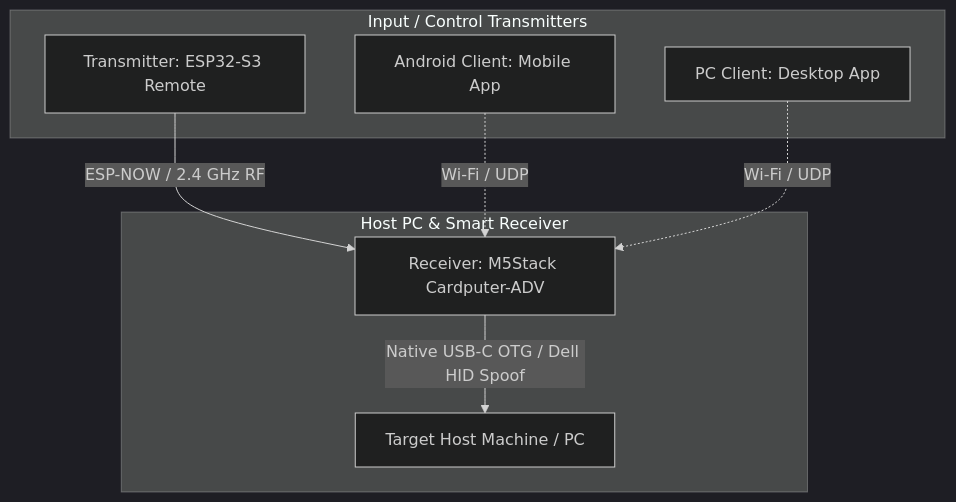
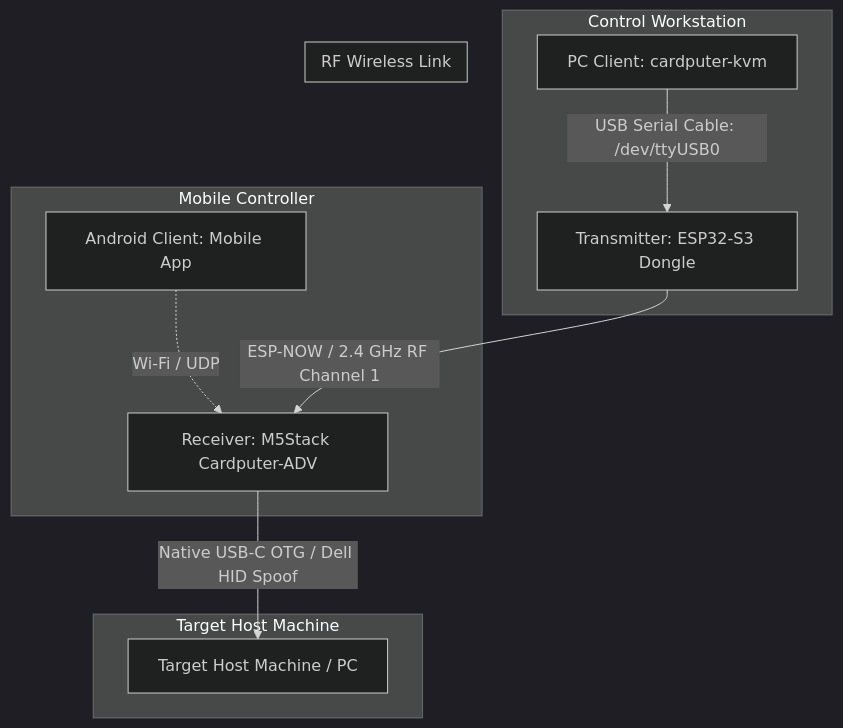
One commit to Braiden93/cardputerKVM changed the diagram in SYSTEM_OVERVIEW.md. Above: the diagram before and after it, drawn with Mermaid (dark theme). The commit also changed other lines of this file and 13 other files, not shown here.

Commit message:
feat: implement serial dongle bridge, virtual mouse, and auto-port detection

````diff
--- a/SYSTEM_OVERVIEW.md
+++ b/SYSTEM_OVERVIEW.md
@@ -6,18 +6,18 @@
 ```mermaid
 graph TD
-    subgraph Input / Control Transmitters
-        T[Transmitter: ESP32-S3 Remote]
-        A[Android Client: Mobile App]
-        P[PC Client: Desktop App]
+    subgraph Control Workstation
+        P[PC Client: cardputer-kvm] -->|USB Serial Cable: /dev/ttyUSB0| T[Transmitter: ESP32-S3 Dongle]
     end
 
-    subgraph Host PC & Smart Receiver
-        R[Receiver: M5Stack Cardputer-ADV]
-        PC[Target Host Machine / PC]
+    subgraph Mobile Controller
+        A[Android Client: Mobile App] -.->|Wi-Fi / UDP| R
     end
 
-    T -->|ESP-NOW / 2.4 GHz RF| R
-    A -.->|Wi-Fi / UDP| R
-    P -.->|Wi-Fi / UDP| R
-    R -->|Native USB-C OTG / Dell HID Spoof| PC
+    subgraph RF Wireless Link
+        T -->|ESP-NOW / 2.4 GHz RF Channel 1| R[Receiver: M5Stack Cardputer-ADV]
+    end
+
+    subgraph Target Host Machine
+        R -->|Native USB-C OTG / Dell HID Spoof| PC[Target Host Machine / PC]
+    end
 ```
````
